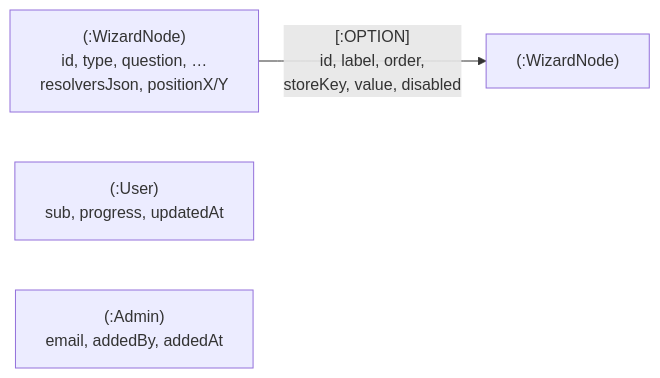
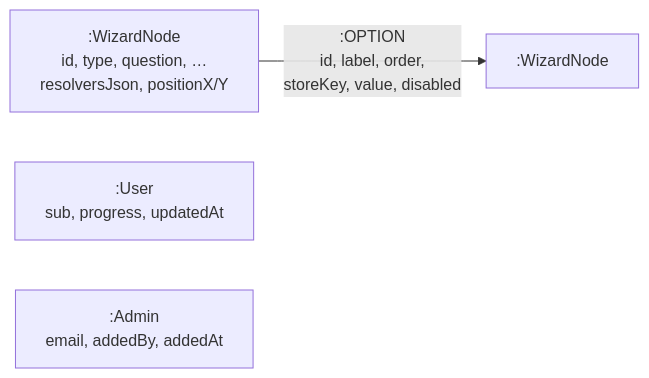
Before and after one commit to INFERable-app/USCCF-digital-planning-tool: the diagram in docs/data-model.md, drawn with Mermaid. The commit also changed other lines of this file and 5 other files, not shown here.

````diff
--- a/docs/data-model.md
+++ b/docs/data-model.md
@@ -21,8 +26,8 @@
 ```mermaid
 flowchart LR
-    WN1["(:WizardNode)<br/>id, type, question, …<br/>resolversJson, positionX/Y"]
-    WN2["(:WizardNode)"]
-    WN1 -- "[:OPTION]<br/>id, label, order,<br/>storeKey, value, disabled" --> WN2
-    U["(:User)<br/>sub, progress, updatedAt"]
-    A["(:Admin)<br/>email, addedBy, addedAt"]
+    WN1[":WizardNode<br/>id, type, question, …<br/>resolversJson, positionX/Y"]
+    WN2[":WizardNode"]
+    WN1 -- ":OPTION<br/>id, label, order,<br/>storeKey, value, disabled" --> WN2
+    U[":User<br/>sub, progress, updatedAt"]
+    A[":Admin<br/>email, addedBy, addedAt"]
 ```
````
